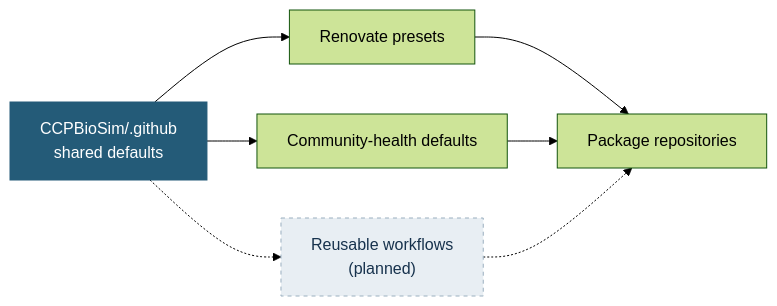
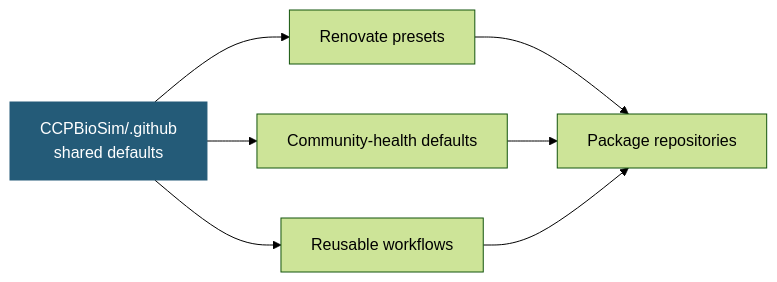
The diagram in README.md (CCPBioSim/.github), drawn with Mermaid (forest theme) before and after one commit. The commit also changed other lines of this file, not shown here.

Commit message:
docs: mark the reusable workflows as live

````diff
--- a/README.md
+++ b/README.md
@@ -7,12 +7,11 @@
 ```mermaid
 flowchart LR
     A["CCPBioSim/.github<br/>shared defaults"] --> B["Renovate presets"]
     A --> C["Community-health defaults"]
-    A -.-> D["Reusable workflows<br/>(planned)"]
+    A --> D["Reusable workflows"]
     B --> R["Package repositories"]
     C --> R
-    D -.-> R
+    D --> R
 
     style A fill:#245b78,color:#ffffff,stroke:#245b78
-    style D fill:#e8eef3,color:#17324d,stroke:#9aafbf,stroke-dasharray: 4 4
 ```
````
